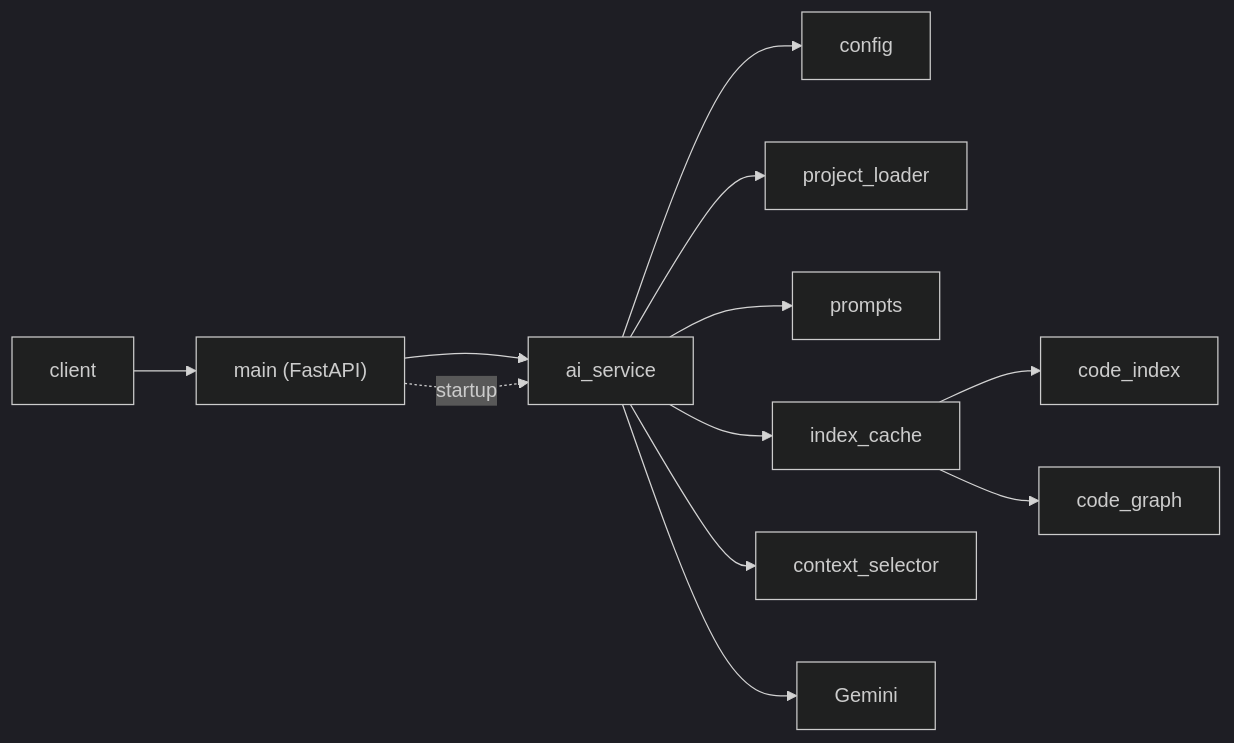
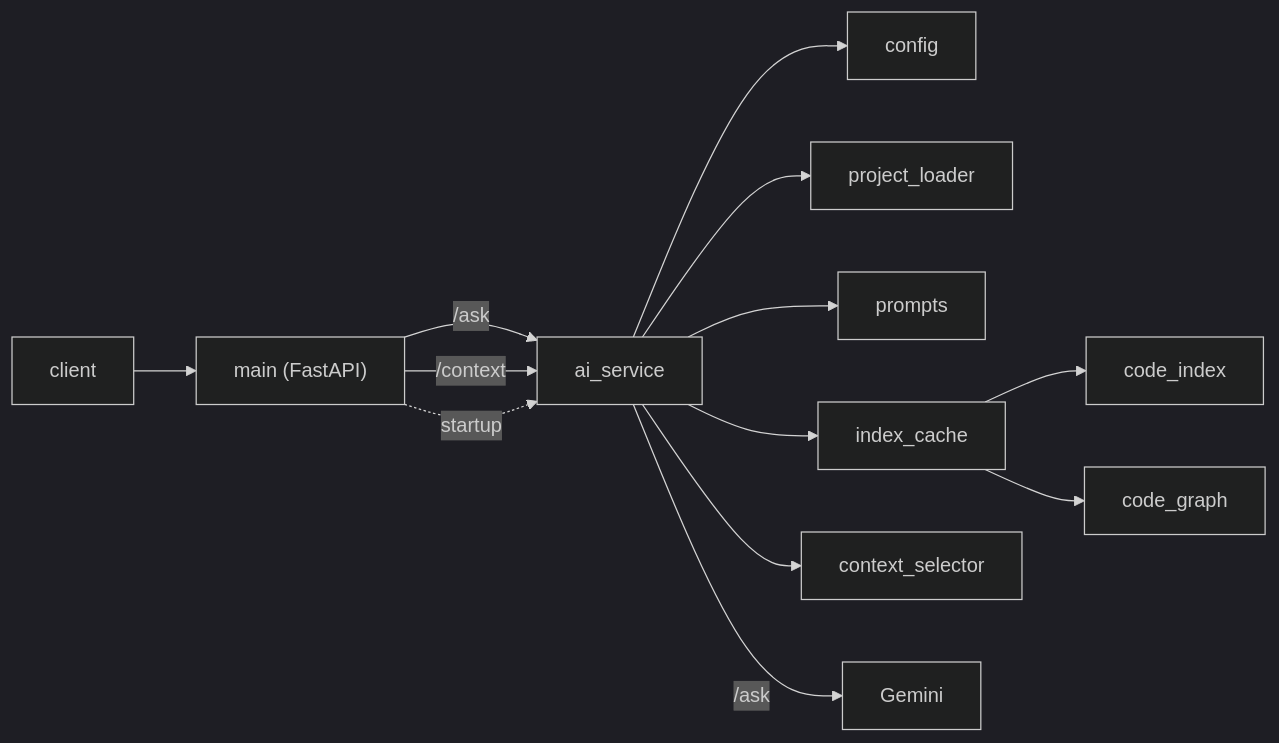
The diagram in README.md (vladsocaciu1/embedded-ai-copilot), drawn with Mermaid (dark theme) before and after one commit. The commit also changed other lines of this file and 12 other files, not shown here.

````diff
--- a/README.md
+++ b/README.md
@@ -11,14 +11,15 @@
 ```mermaid
 flowchart LR
     client --> main["main (FastAPI)"]
-    main --> ai_service
+    main -->|"/ask"| ai_service
+    main -->|"/context"| ai_service
     main -. startup .-> ai_service
     ai_service --> config
     ai_service --> project_loader
     ai_service --> prompts
     ai_service --> index_cache
     ai_service --> context_selector
     index_cache --> code_index
     index_cache --> code_graph
-    ai_service --> Gemini
+    ai_service -->|"/ask"| Gemini
 ```
````
